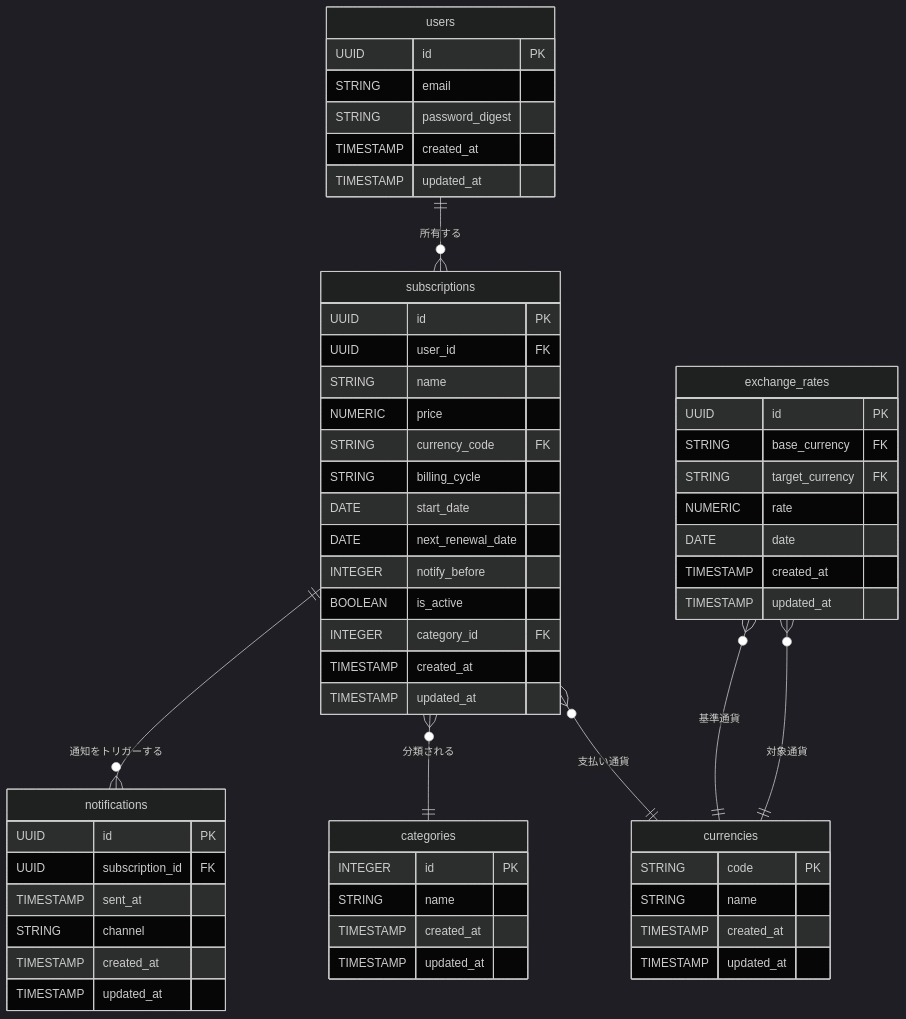
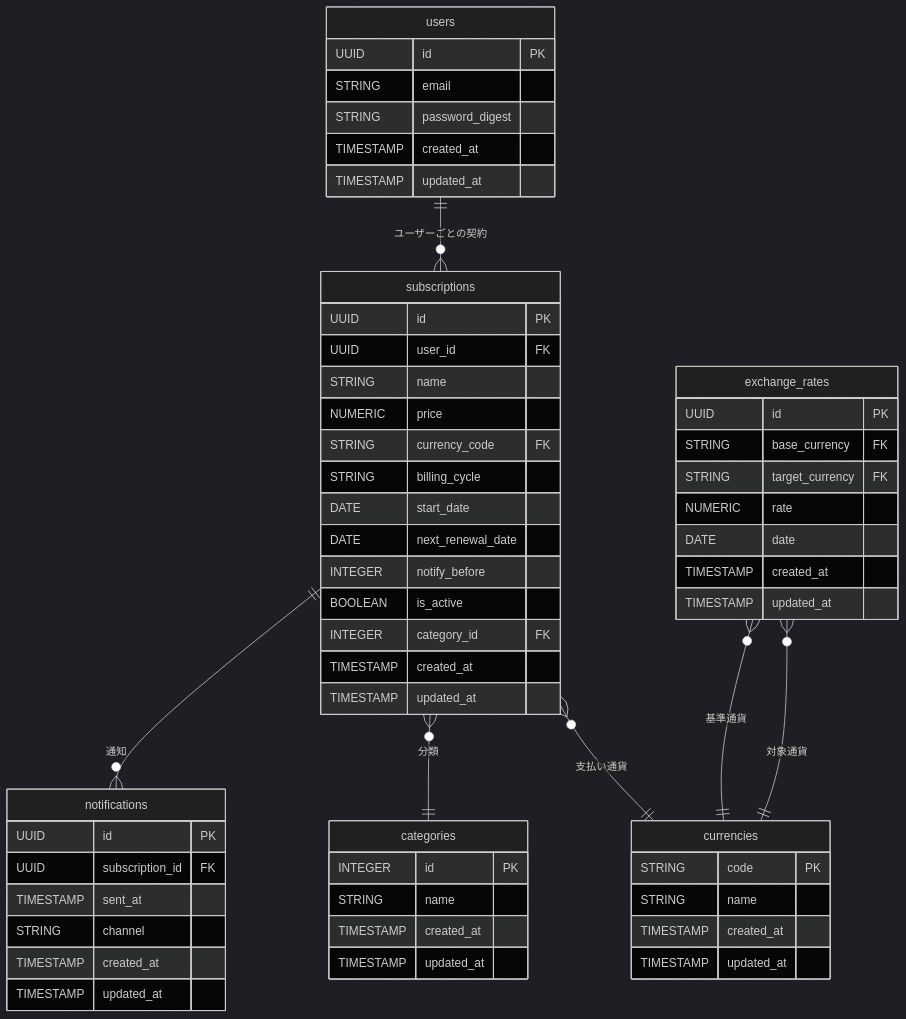
One commit to ueferi/track-my-subs changed the diagram in doc/er-diagram.md. Above: the diagram before and after it, drawn with Mermaid (dark theme). The commit also changed other lines of this file, not shown here.

Commit message:
Clarify that subscriptions entity represents user-specific contracts in ER diagram and relation names

````diff
--- a/doc/er-diagram.md
+++ b/doc/er-diagram.md
@@ -7,67 +7,67 @@
 ```mermaid
 erDiagram
 
 users {
   UUID id PK
   STRING email
   STRING password_digest
   TIMESTAMP created_at
   TIMESTAMP updated_at
 }
 
 subscriptions {
   UUID id PK
   UUID user_id FK
   STRING name
   NUMERIC price
   STRING currency_code FK
   STRING billing_cycle
   DATE start_date
   DATE next_renewal_date
   INTEGER notify_before
   BOOLEAN is_active
   INTEGER category_id FK
   TIMESTAMP created_at
   TIMESTAMP updated_at
 }
 
 notifications {
   UUID id PK
   UUID subscription_id FK
   TIMESTAMP sent_at
   STRING channel
   TIMESTAMP created_at
   TIMESTAMP updated_at
 }
 
 categories {
   INTEGER id PK
   STRING name
   TIMESTAMP created_at
   TIMESTAMP updated_at
 }
 
 currencies {
   STRING code PK
   STRING name
   TIMESTAMP created_at
   TIMESTAMP updated_at
 }
 
 exchange_rates {
   UUID id PK
   STRING base_currency FK
   STRING target_currency FK
   NUMERIC rate
   DATE date
   TIMESTAMP created_at
   TIMESTAMP updated_at
 }
 
-users ||--o{ subscriptions : "所有する"
-subscriptions ||--o{ notifications : "通知をトリガーする"
-subscriptions }o--|| categories : "分類される"
+users ||--o{ subscriptions : "ユーザーごとの契約"
+subscriptions ||--o{ notifications : "通知"
+subscriptions }o--|| categories : "分類"
 subscriptions }o--|| currencies : "支払い通貨"
 exchange_rates }o--|| currencies : "基準通貨"
 exchange_rates }o--|| currencies : "対象通貨"
 ```
````
